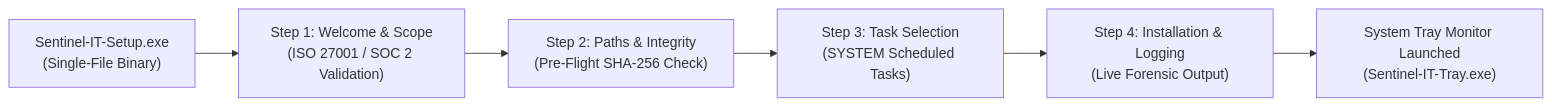
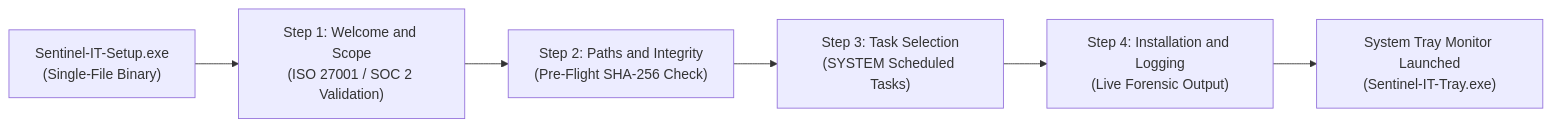
Before and after one commit to isora-cloud-group/Isora-Sentinel: the third of 3 diagrams in README.md, drawn with Mermaid. The commit also changed other lines of this file and 2 other files, not shown here.

Commit message:
docs: add SIEM integration and architecture documentation alongside README updates

````diff
--- a/README.md
+++ b/README.md
@@ -162,8 +162,8 @@
 ```mermaid
 flowchart LR
-    A["Sentinel-IT-Setup.exe\n(Single-File Binary)"] --> B["Step 1: Welcome & Scope\n(ISO 27001 / SOC 2 Validation)"]
-    B --> C["Step 2: Paths & Integrity\n(Pre-Flight SHA-256 Check)"]
+    A["Sentinel-IT-Setup.exe\n(Single-File Binary)"] --> B["Step 1: Welcome and Scope\n(ISO 27001 / SOC 2 Validation)"]
+    B --> C["Step 2: Paths and Integrity\n(Pre-Flight SHA-256 Check)"]
     C --> D["Step 3: Task Selection\n(SYSTEM Scheduled Tasks)"]
-    D --> E["Step 4: Installation & Logging\n(Live Forensic Output)"]
+    D --> E["Step 4: Installation and Logging\n(Live Forensic Output)"]
     E --> F["System Tray Monitor Launched\n(Sentinel-IT-Tray.exe)"]
 ```
````
